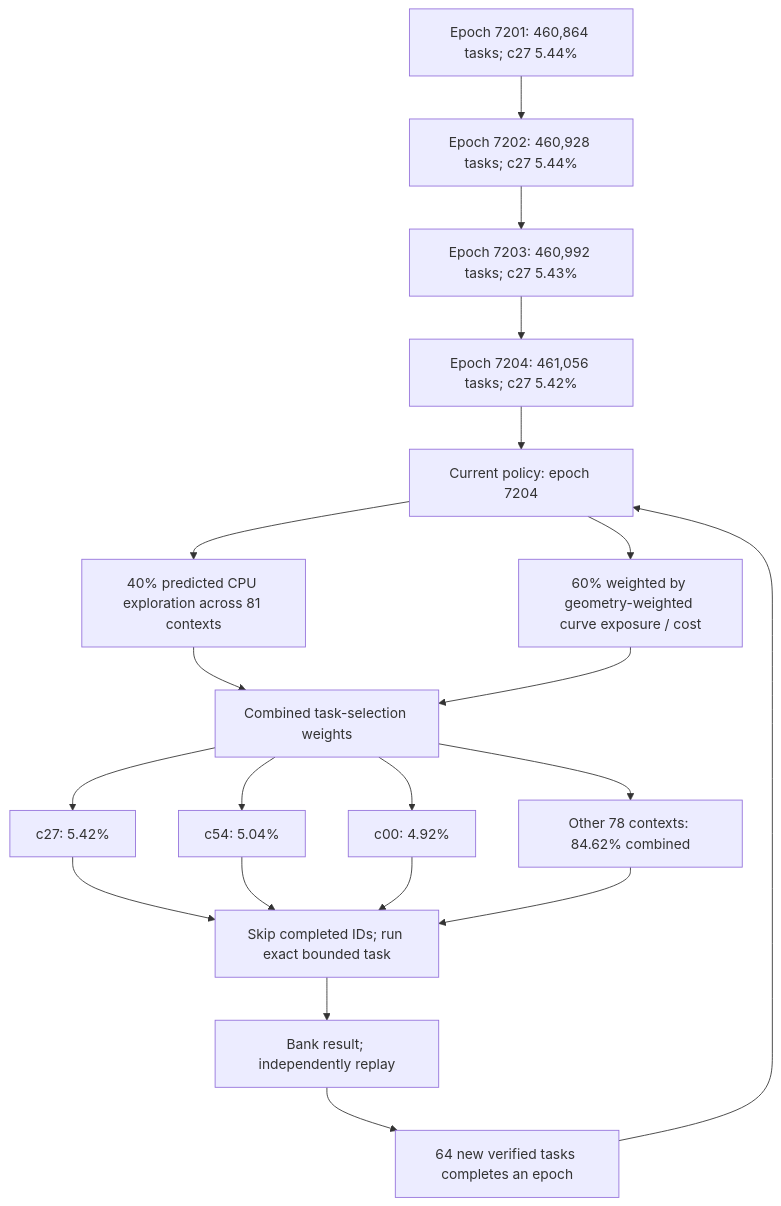
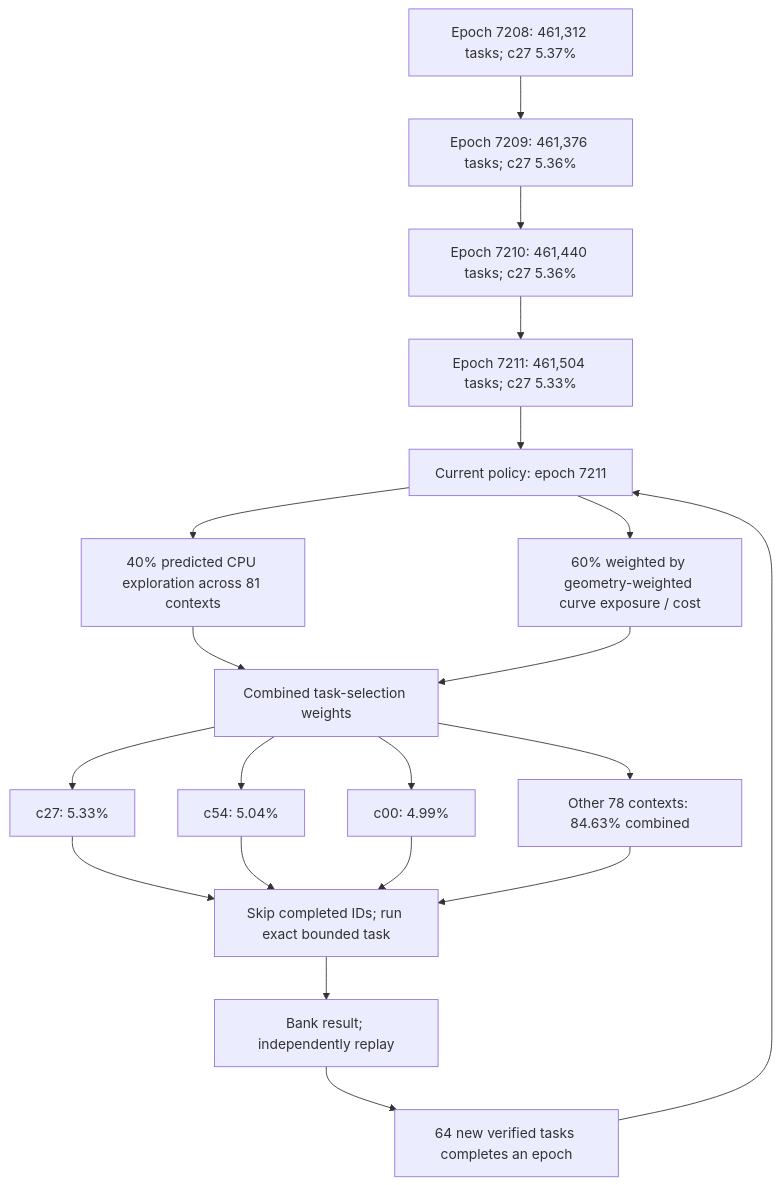
Before and after one commit to Kuberwastaken/math-gambling: the first of 4 diagrams in README.md, drawn with Mermaid. The commit also changed other lines of this file and 1017 other files, not shown here.

````diff
--- a/README.md
+++ b/README.md
@@ -60,27 +60,27 @@
 ```mermaid
 flowchart TD
-    H0["Epoch 7201: 460,864 tasks; c27 5.44%"]
-    H1["Epoch 7202: 460,928 tasks; c27 5.44%"]
+    H0["Epoch 7208: 461,312 tasks; c27 5.37%"]
+    H1["Epoch 7209: 461,376 tasks; c27 5.36%"]
     H0 --> H1
-    H2["Epoch 7203: 460,992 tasks; c27 5.43%"]
+    H2["Epoch 7210: 461,440 tasks; c27 5.36%"]
     H1 --> H2
-    H3["Epoch 7204: 461,056 tasks; c27 5.42%"]
+    H3["Epoch 7211: 461,504 tasks; c27 5.33%"]
     H2 --> H3
-    Policy["Current policy: epoch 7204"]
+    Policy["Current policy: epoch 7211"]
     H3 --> Policy
     Policy --> Explore["40% predicted CPU exploration across 81 contexts"]
     Policy --> Cost["60% weighted by geometry-weighted curve exposure / cost"]
     Explore --> Mix["Combined task-selection weights"]
     Cost --> Mix
-    Mix --> C0["c27: 5.42%"]
+    Mix --> C0["c27: 5.33%"]
     Mix --> C1["c54: 5.04%"]
-    Mix --> C2["c00: 4.92%"]
-    Mix --> Rest["Other 78 contexts: 84.62% combined"]
+    Mix --> C2["c00: 4.99%"]
+    Mix --> Rest["Other 78 contexts: 84.63% combined"]
     C0 --> Check["Skip completed IDs; run exact bounded task"]
     C1 --> Check
     C2 --> Check
     Rest --> Check
     Check --> Replay["Bank result; independently replay"]
     Replay --> Gate["64 new verified tasks completes an epoch"]
     Gate --> Policy
 ```
````
